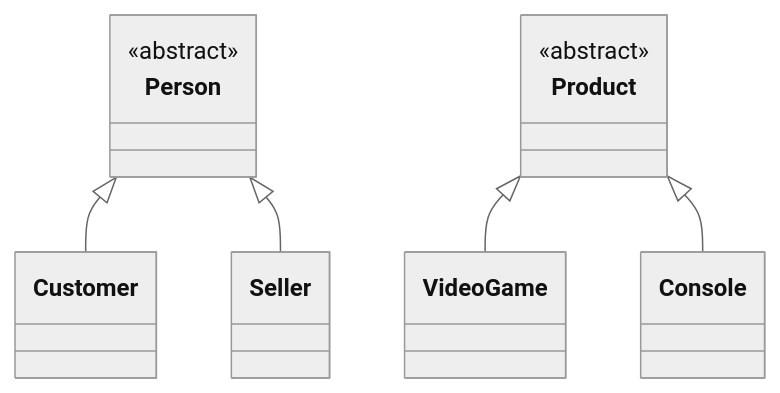
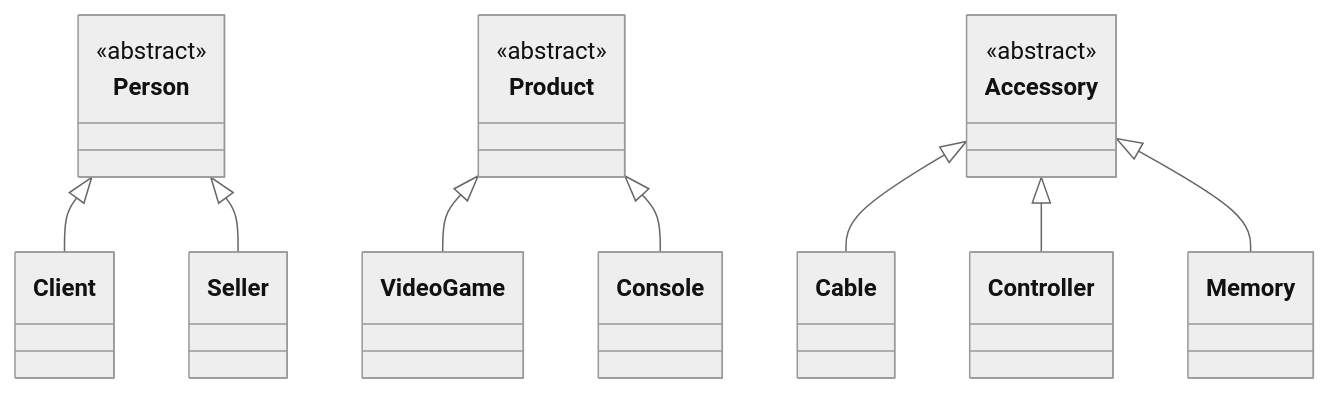
One commit to sdavidpinto/Taller_Gamezone1 changed the diagram in docs/hierarchy-diagram.md. Above: the diagram before and after it, drawn with Mermaid (neutral theme). The commit also changed 4 other files, not shown here.

Commit message:
Docs: Actualizacion de diagramas de jerarquia,capas y clases

````diff
--- a/docs/hierarchy-diagram.md
+++ b/docs/hierarchy-diagram.md
@@ -1,28 +1,43 @@
 ```mermaid
 classDiagram
     direction TB
 
     %% Person Hierarchy
     class Person {
         <<abstract>>
     }
-    class Customer {
+    class Client {
     }
     class Seller {
     }
 
-    Person <|-- Customer
+    Person <|-- Client
     Person <|-- Seller
 
     %% Product Hierarchy
     class Product {
         <<abstract>>
     }
     class VideoGame {
     }
     class Console {
     }
 
     Product <|-- VideoGame
     Product <|-- Console
+
+    %% Accessory Hierarchy
+    class Accessory {
+        <<abstract>>
+    }
+    class Cable {
+    }
+    class Controller {
+    }
+    class Memory {
+    }
+
+    Accessory <|-- Cable
+    Accessory <|-- Controller
+    Accessory <|-- Memory
 ```
````
